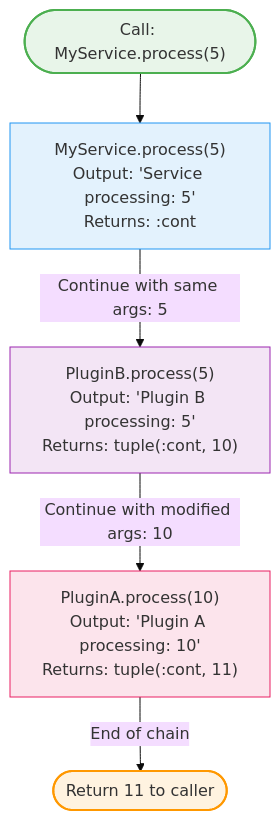
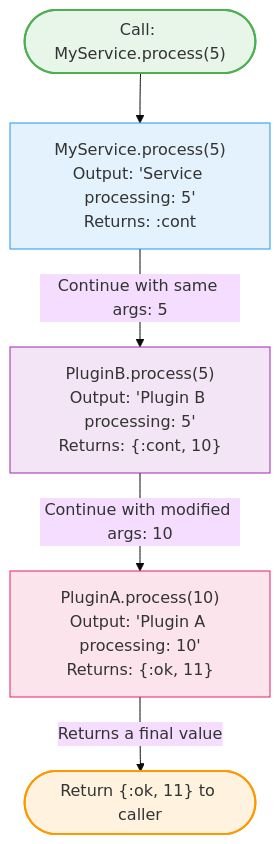
One commit to netkubes/malla changed the diagram in guides/05-callbacks.md. Above: the diagram before and after it, drawn with Mermaid (base theme). The commit also changed other lines of this file and 26 other files, not shown here.

````diff
--- a/guides/05-callbacks.md
+++ b/guides/05-callbacks.md
@@ -144,21 +173,21 @@
 ```mermaid
 graph TB
     Start(["Call: MyService.process(5)"])
     
     A["MyService.process(5)<br/>Output: 'Service processing: 5'<br/>Returns: :cont"]
-    B["PluginB.process(5)<br/>Output: 'Plugin B processing: 5'<br/>Returns: tuple(:cont, 10)"]
-    C["PluginA.process(10)<br/>Output: 'Plugin A processing: 10'<br/>Returns: tuple(:cont, 11)"]
+    B["PluginB.process(5)<br/>Output: 'Plugin B processing: 5'<br/>Returns: {:cont, 10}"]
+    C["PluginA.process(10)<br/>Output: 'Plugin A processing: 10'<br/>Returns: {:ok, 11}"]
     
-    End(["Return 11 to caller"])
+    End(["Return {:ok, 11} to caller"])
     
     Start --> A
     A -->|Continue with same args: 5| B
     B -->|Continue with modified args: 10| C
-    C -->|End of chain| End
+    C -->|Returns a final value| End
     
     style Start fill:#e8f5e9,stroke:#4caf50,stroke-width:2px
     style End fill:#fff3e0,stroke:#ff9800,stroke-width:2px
     style A fill:#e3f2fd,stroke:#2196f3
     style B fill:#f3e5f5,stroke:#9c27b0
     style C fill:#fce4ec,stroke:#e91e63
 ```
````
